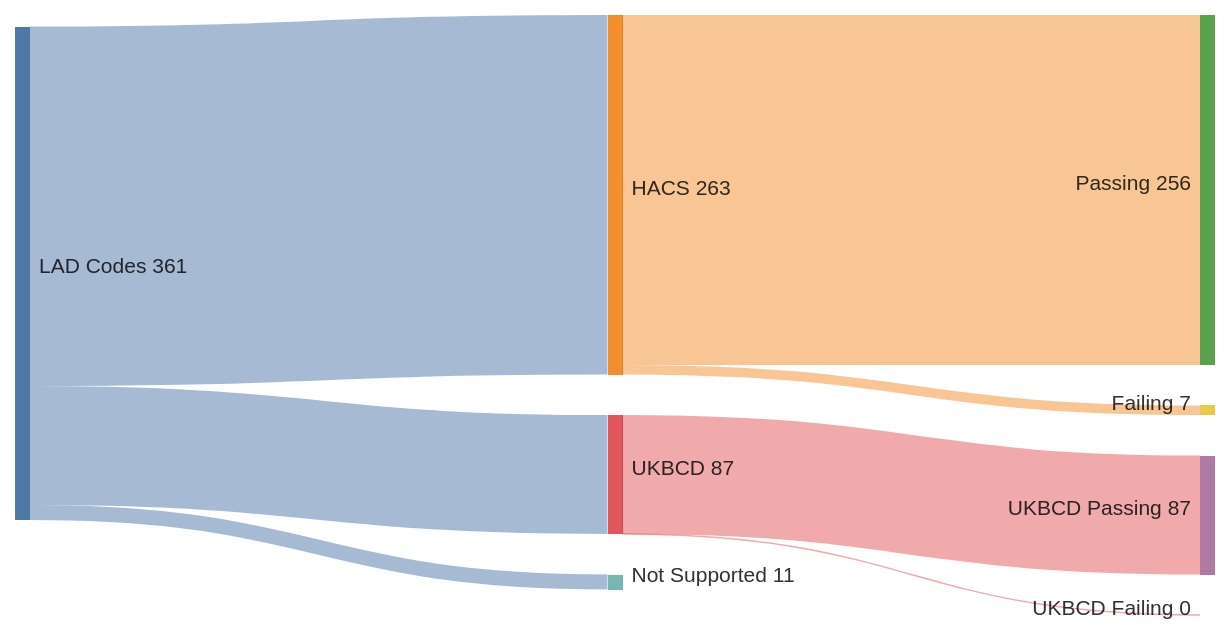
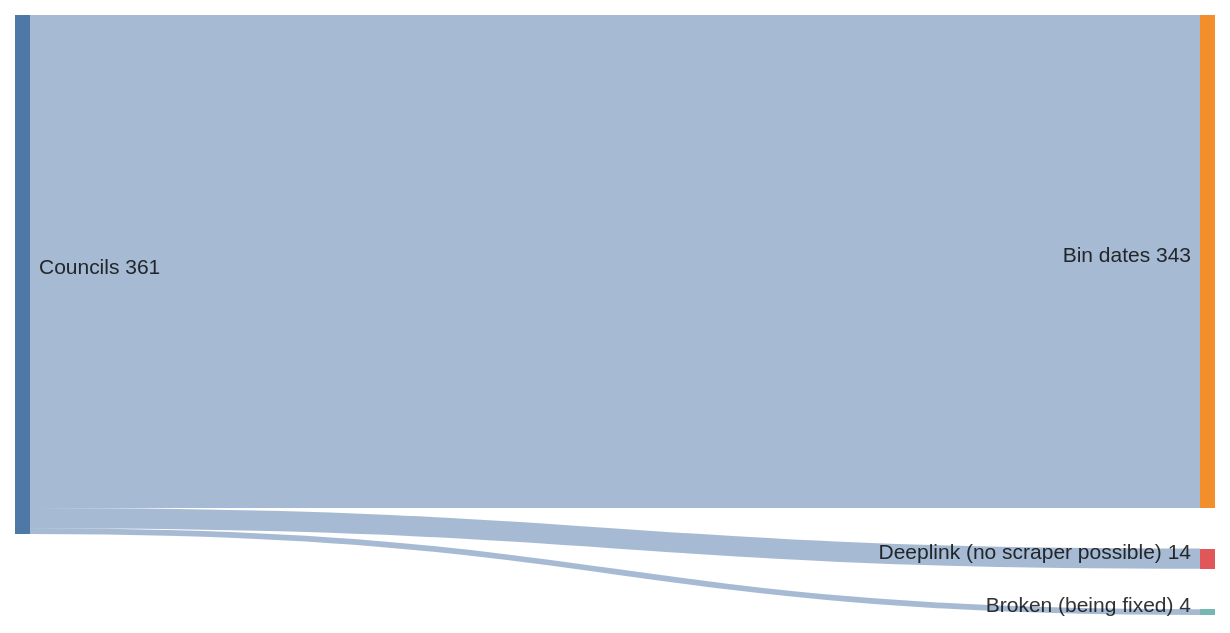
The diagram in README.md (cmbsteinberg/ukbinday), drawn with Mermaid before and after one commit. The commit also changed other lines of this file and 3 other files, not shown here.

First line of the commit message:
Rework README coverage: bin dates, deeplinks by design, broken

````diff
--- a/README.md
+++ b/README.md
@@ -11,21 +12,15 @@
 ```mermaid
 ---
 config:
   sankey:
     width: 800
     height: 400
     linkColor: source
     nodeAlignment: left
 ---
 sankey-beta
 
-"LAD Codes","HACS",263
-"LAD Codes","UKBCD",87
-"LAD Codes","Not Supported",11
-
-"HACS","Passing",256
-"HACS","Failing",7
-
-"UKBCD","UKBCD Passing",87
-"UKBCD","UKBCD Failing",0
+"Councils","Bin dates",343
+"Councils","Deeplink (no scraper possible)",14
+"Councils","Broken (being fixed)",4
 ```
````
